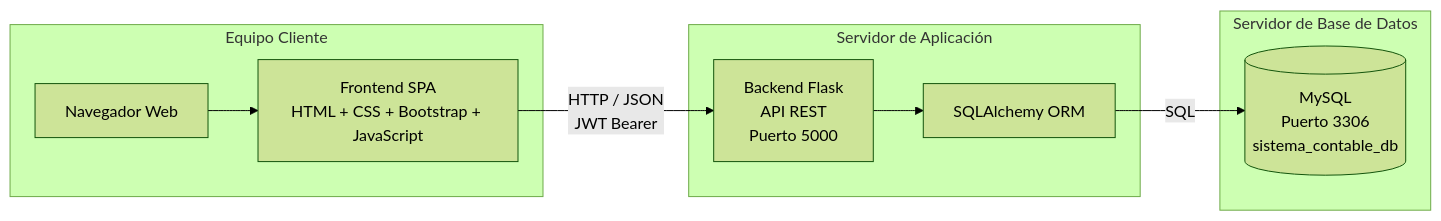
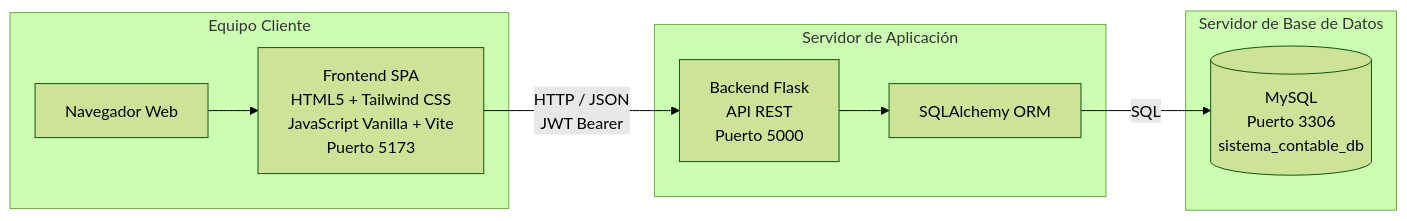
Before and after one commit to jeinzanderson-lang/proyecto-finanzas: the diagram in documentacion/diagramas/08-despliegue.mmd, drawn with Mermaid (forest theme). The commit also changed 16 other files, not shown here.

```diff
--- a/documentacion/diagramas/08-despliegue.mmd
+++ b/documentacion/diagramas/08-despliegue.mmd
@@ -1,23 +1,20 @@
 flowchart LR
 
     subgraph CLIENTE["Equipo Cliente"]
         BROWSER["Navegador Web"]
-        SPA["Frontend SPA<br/>HTML + CSS + Bootstrap + JavaScript"]
+        SPA["Frontend SPA<br/>HTML5 + Tailwind CSS<br/>JavaScript Vanilla + Vite<br/>Puerto 5173"]
     end
 
     subgraph APP["Servidor de Aplicación"]
         FLASK["Backend Flask<br/>API REST<br/>Puerto 5000"]
         ORM["SQLAlchemy ORM"]
     end
 
     subgraph DBNODE["Servidor de Base de Datos"]
         MYSQL[("MySQL<br/>Puerto 3306<br/>sistema_contable_db")]
     end
 
     BROWSER --> SPA
-
     SPA -->|"HTTP / JSON<br/>JWT Bearer"| FLASK
-
     FLASK --> ORM
-
     ORM -->|"SQL"| MYSQL
```
